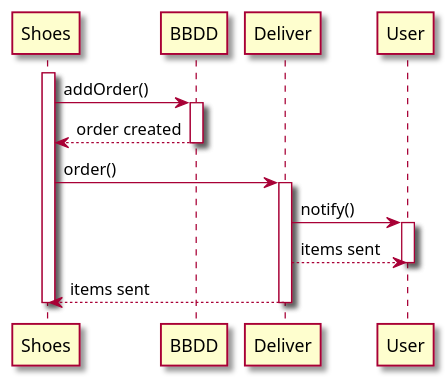
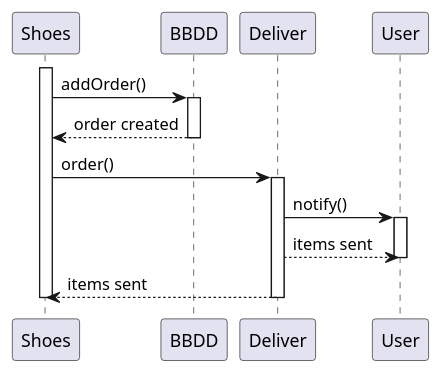
One commit to uo270149/dede_es3a changed the third of 3 diagrams in docs/06_runtime_view.adoc. Above: the diagram before and after it, drawn with PlantUML. The commit also changed 1 other file, not shown here.

Commit message:
Solucionado error con diagramas plantUML

```diff
--- a/docs/06_runtime_view.adoc
+++ b/docs/06_runtime_view.adoc
@@ -55,27 +55,26 @@
 [plantuml,"Envio_diagrama",png]
 ----
 @startuml
-skin rose
 
 participant Shoes
 activate Shoes
 Shoes -> BBDD: addOrder()
 activate BBDD
 BBDD --> Shoes: order created
 deactivate BBDD
 
 Shoes -> Deliver: order()
 activate Deliver
 
 Deliver -> User: notify()
 activate User
 
 Deliver --> User: items sent
 deactivate User
 
 Deliver --> Shoes: items sent
 deactivate Deliver
 deactivate Shoes
 
 @enduml
 ----
```
